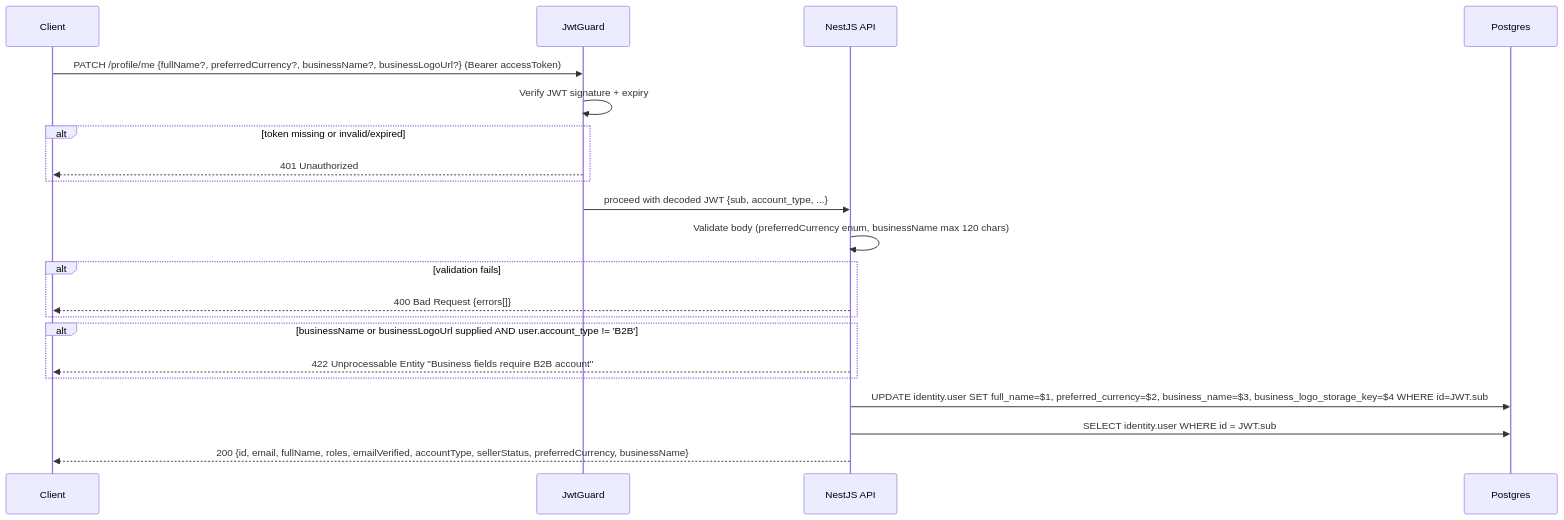
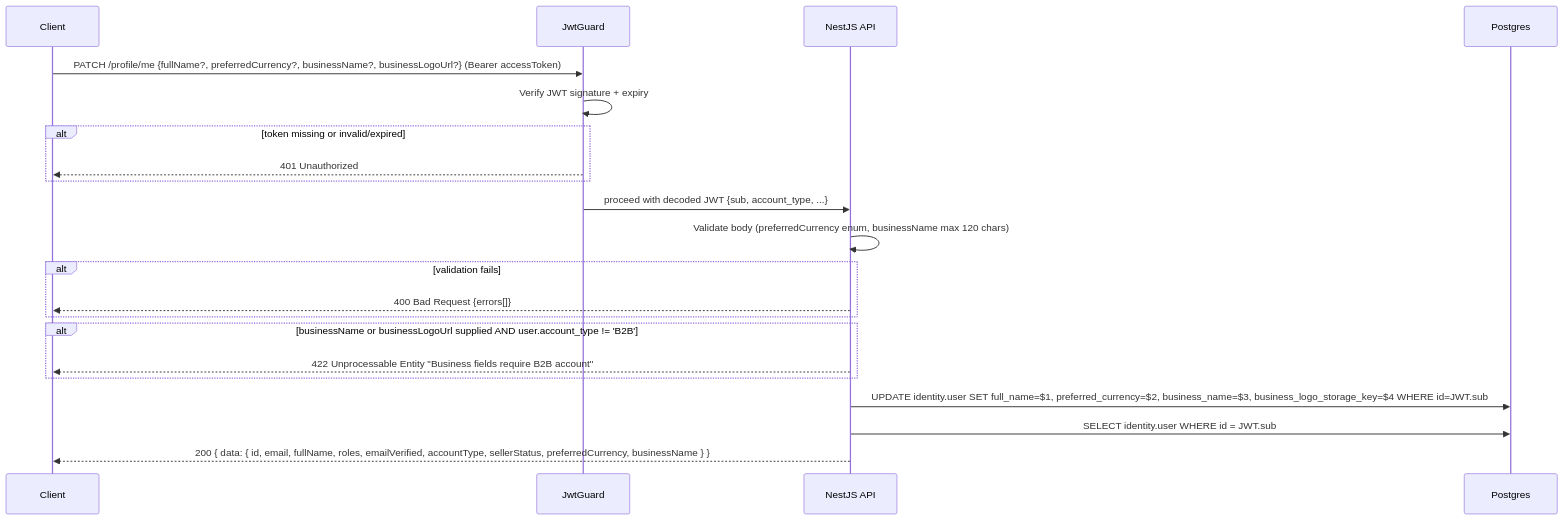
One commit to alisa-uthi/aliceut-ecom-document changed the second of 7 diagrams in phase-1/technical-design/api-design/profile.md. Above: the diagram before and after it, drawn with Mermaid. The commit also changed other lines of this file and 22 other files, not shown here.

````diff
--- a/phase-1/technical-design/api-design/profile.md
+++ b/phase-1/technical-design/api-design/profile.md
@@ -102,28 +104,28 @@
 ```mermaid
 sequenceDiagram
     participant C as Client
     participant G as JwtGuard
     participant A as NestJS API
     participant PG as Postgres
 
     C->>G: PATCH /profile/me {fullName?, preferredCurrency?, businessName?, businessLogoUrl?} (Bearer accessToken)
     G->>G: Verify JWT signature + expiry
     alt token missing or invalid/expired
         G-->>C: 401 Unauthorized
     end
     G->>A: proceed with decoded JWT {sub, account_type, ...}
 
     A->>A: Validate body (preferredCurrency enum, businessName max 120 chars)
     alt validation fails
         A-->>C: 400 Bad Request {errors[]}
     end
 
     alt businessName or businessLogoUrl supplied AND user.account_type != 'B2B'
         A-->>C: 422 Unprocessable Entity "Business fields require B2B account"
     end
 
     A->>PG: UPDATE identity.user SET full_name=$1, preferred_currency=$2, business_name=$3, business_logo_storage_key=$4 WHERE id=JWT.sub
 
     A->>PG: SELECT identity.user WHERE id = JWT.sub
-    A-->>C: 200 {id, email, fullName, roles, emailVerified, accountType, sellerStatus, preferredCurrency, businessName}
+    A-->>C: 200 { data: { id, email, fullName, roles, emailVerified, accountType, sellerStatus, preferredCurrency, businessName } }
 ```
````
